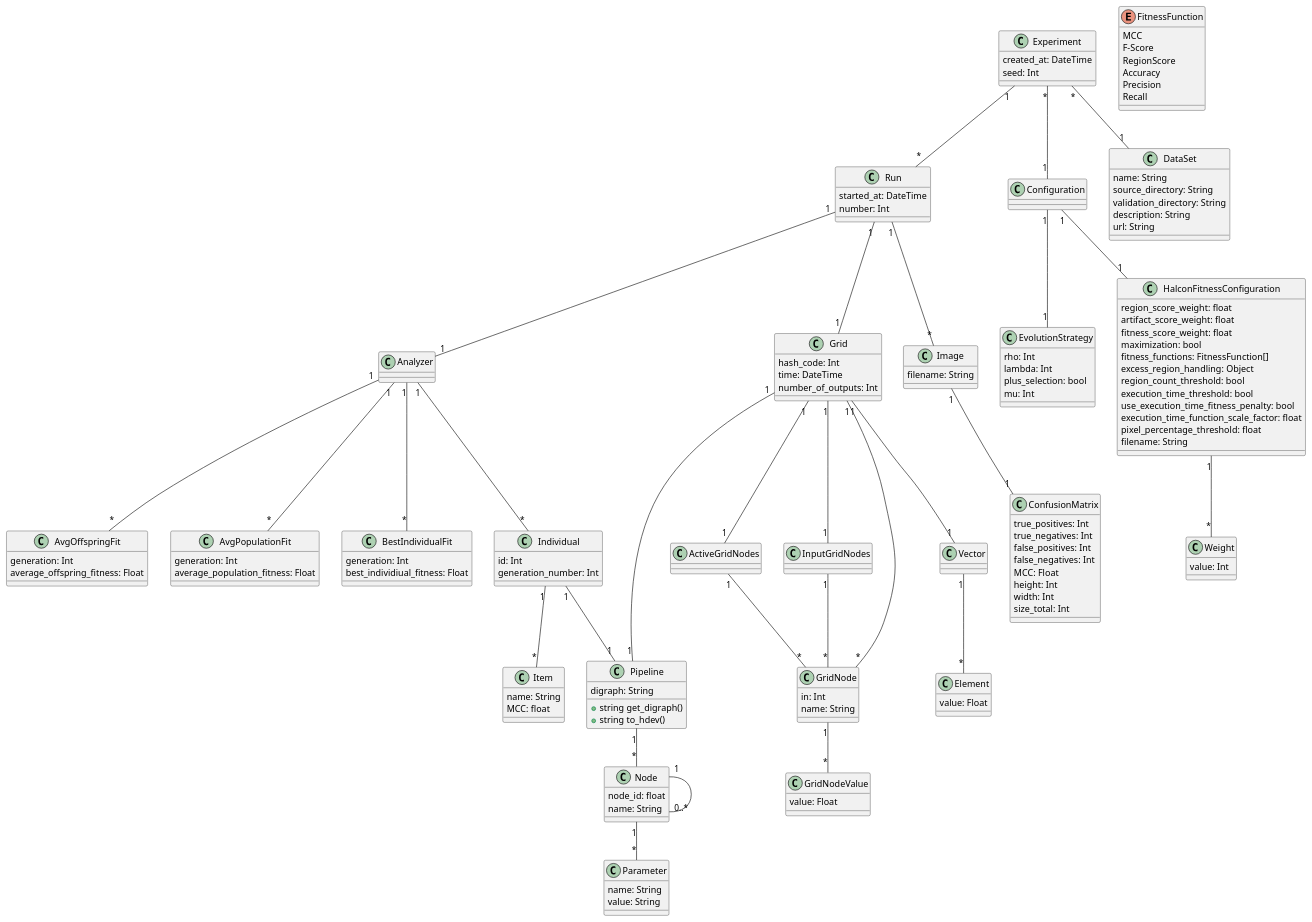
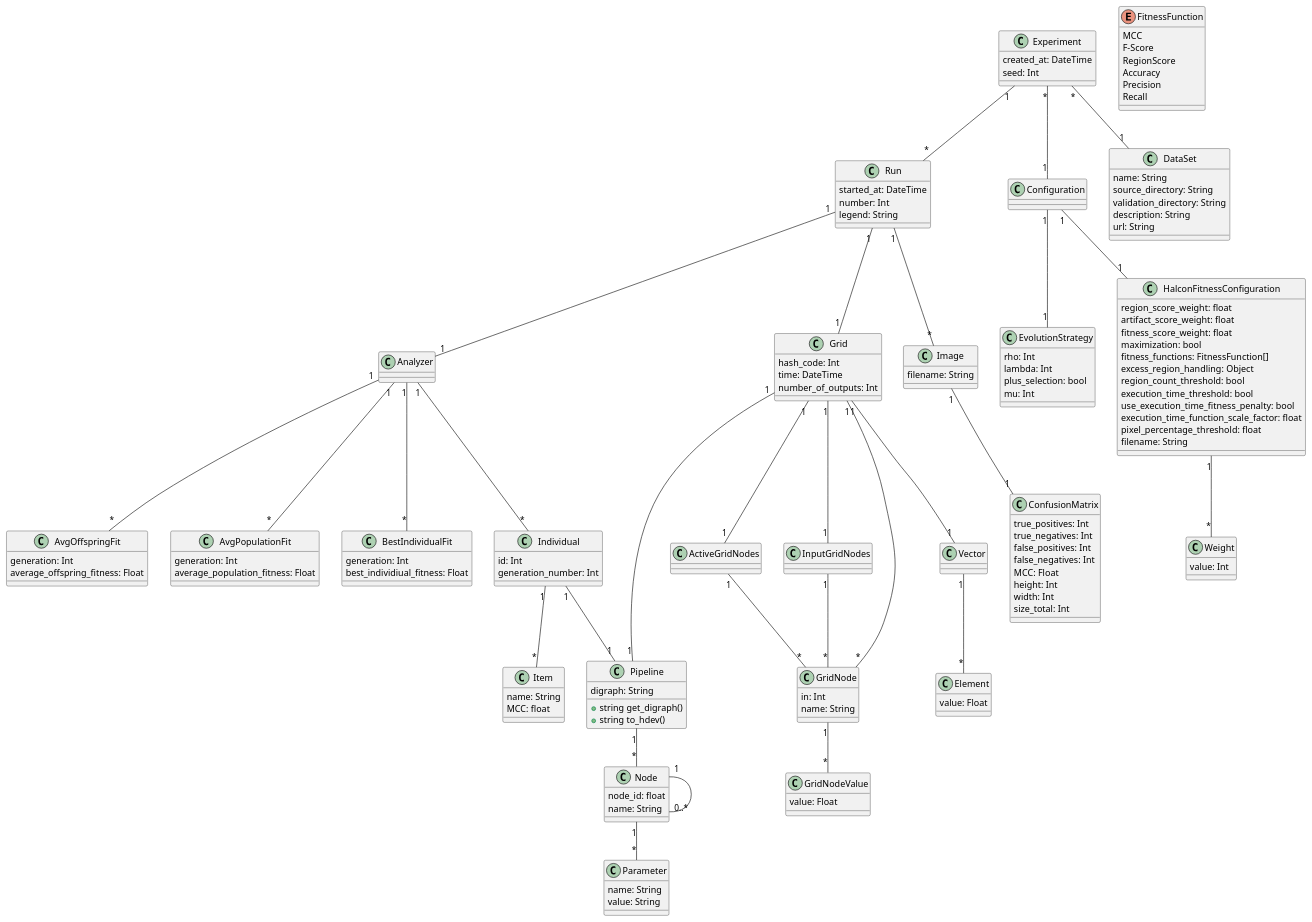
Before and after one commit to anmarchio/experiments: the diagram in diagrams/DataModel.md, drawn with PlantUML.

```diff
--- a/diagrams/DataModel.md
+++ b/diagrams/DataModel.md
@@ -11,6 +11,7 @@
 class Run {
   started_at: DateTime
   number: Int
+  legend: String
 }
 
 class Configuration 
```
